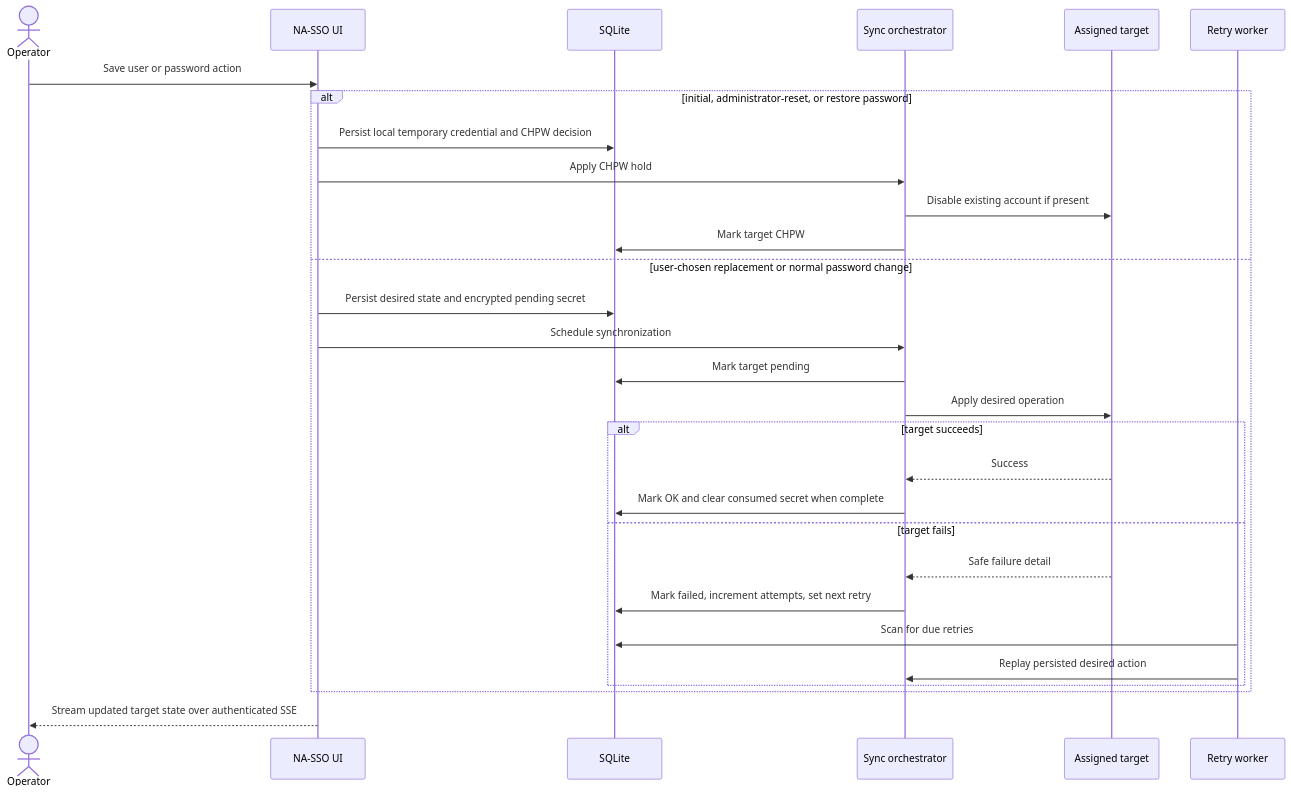
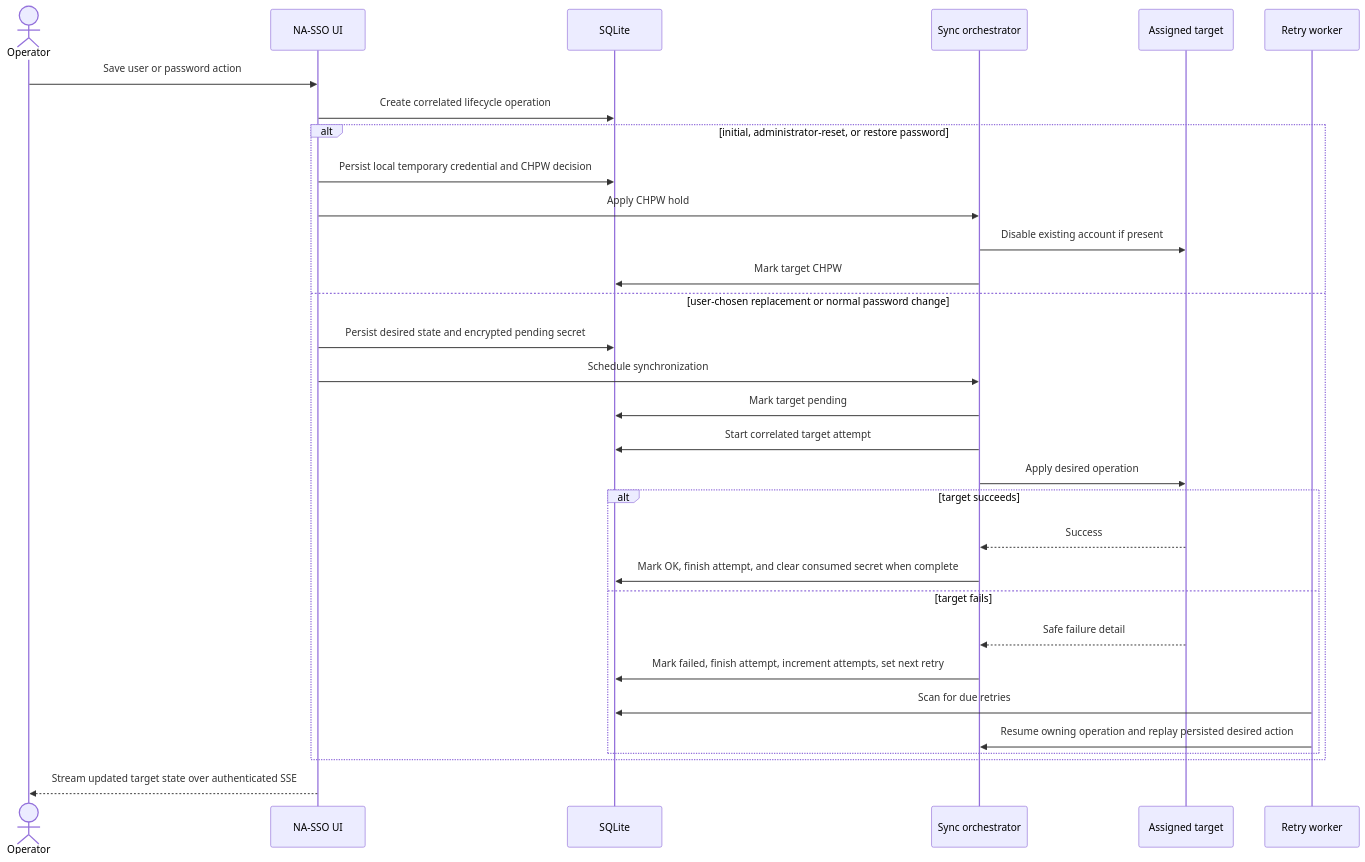
Before and after one commit to jpbaking/na-sso: the fourth of 4 diagrams in docs/DEVELOPER.md, drawn with Mermaid. The commit also changed other lines of this file and 115 other files, not shown here.

````diff
--- a/docs/DEVELOPER.md
+++ b/docs/DEVELOPER.md
@@ -130,32 +180,34 @@
 ```mermaid
 sequenceDiagram
     actor Operator
     participant UI as NA-SSO UI
     participant DB as SQLite
     participant Sync as Sync orchestrator
     participant Target as Assigned target
     participant Worker as Retry worker
 
     Operator->>UI: Save user or password action
+    UI->>DB: Create correlated lifecycle operation
     alt initial, administrator-reset, or restore password
         UI->>DB: Persist local temporary credential and CHPW decision
         UI->>Sync: Apply CHPW hold
         Sync->>Target: Disable existing account if present
         Sync->>DB: Mark target CHPW
     else user-chosen replacement or normal password change
         UI->>DB: Persist desired state and encrypted pending secret
         UI->>Sync: Schedule synchronization
         Sync->>DB: Mark target pending
+        Sync->>DB: Start correlated target attempt
         Sync->>Target: Apply desired operation
         alt target succeeds
             Target-->>Sync: Success
-            Sync->>DB: Mark OK and clear consumed secret when complete
+            Sync->>DB: Mark OK, finish attempt, and clear consumed secret when complete
         else target fails
             Target-->>Sync: Safe failure detail
-            Sync->>DB: Mark failed, increment attempts, set next retry
+            Sync->>DB: Mark failed, finish attempt, increment attempts, set next retry
             Worker->>DB: Scan for due retries
-            Worker->>Sync: Replay persisted desired action
+            Worker->>Sync: Resume owning operation and replay persisted desired action
         end
     end
     UI-->>Operator: Stream updated target state over authenticated SSE
 ```
````
